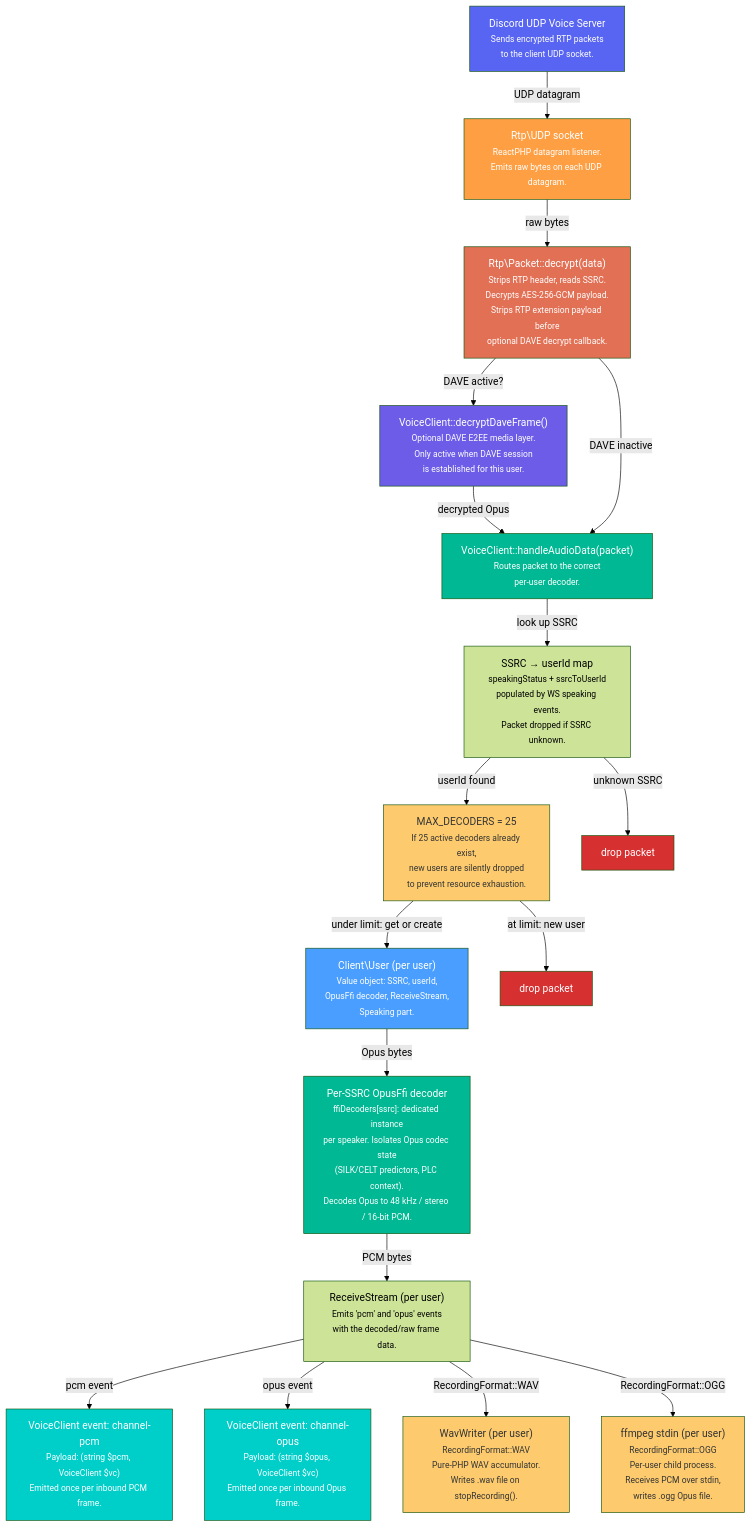
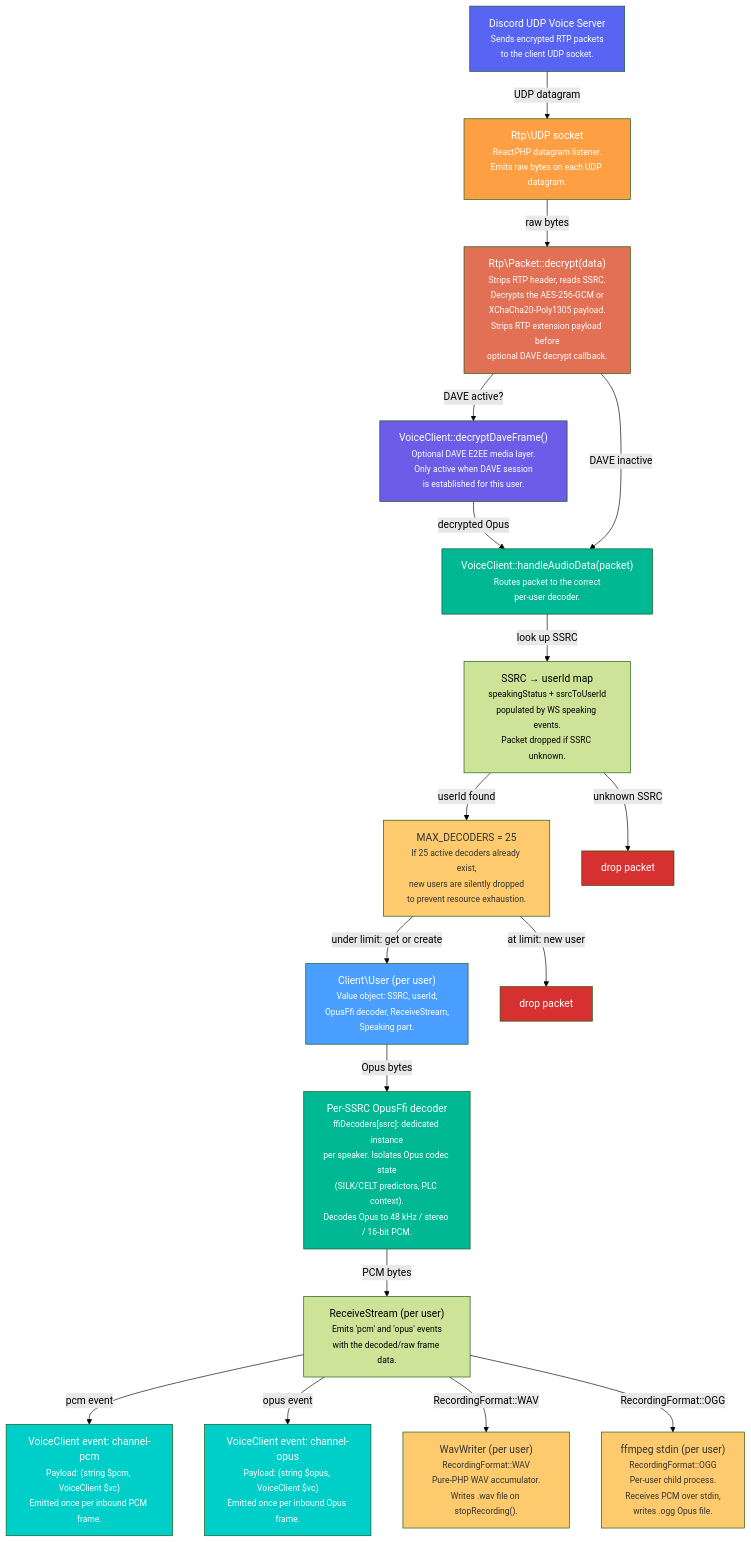
Before and after one commit to discord-php/DiscordPHP-Voice: the second of 4 diagrams in docs/AUDIO_PIPELINE.md, drawn with Mermaid (forest theme). The commit also changed other lines of this file and 10 other files, not shown here.

````diff
--- a/docs/AUDIO_PIPELINE.md
+++ b/docs/AUDIO_PIPELINE.md
@@ -85,49 +85,49 @@
 ```mermaid
 flowchart TD
     RUDP["Discord UDP Voice Server<br/><small>Sends encrypted RTP packets<br/>to the client UDP socket.</small>"]
     RECV["Rtp\UDP socket<br/><small>ReactPHP datagram listener.<br/>Emits raw bytes on each UDP datagram.</small>"]
-    DEC["Rtp\Packet::decrypt(data)<br/><small>Strips RTP header, reads SSRC.<br/>Decrypts AES-256-GCM payload.<br/>Strips RTP extension payload before<br/>optional DAVE decrypt callback.</small>"]
+    DEC["Rtp\Packet::decrypt(data)<br/><small>Strips RTP header, reads SSRC.<br/>Decrypts the AES-256-GCM or<br/>XChaCha20-Poly1305 payload.<br/>Strips RTP extension payload before<br/>optional DAVE decrypt callback.</small>"]
     DAVD["VoiceClient::decryptDaveFrame()<br/><small>Optional DAVE E2EE media layer.<br/>Only active when DAVE session<br/>is established for this user.</small>"]
     HAD["VoiceClient::handleAudioData(packet)<br/><small>Routes packet to the correct<br/>per-user decoder.</small>"]
     SSRC["SSRC → userId map<br/><small>speakingStatus + ssrcToUserId<br/>populated by WS speaking events.<br/>Packet dropped if SSRC unknown.</small>"]
     LIMIT["MAX_DECODERS = 25<br/><small>If 25 active decoders already exist,<br/>new users are silently dropped<br/>to prevent resource exhaustion.</small>"]
     USER["Client\User (per user)<br/><small>Value object: SSRC, userId,<br/>OpusFfi decoder, ReceiveStream,<br/>Speaking part.</small>"]
     OPDEC["Per-SSRC OpusFfi decoder<br/><small>ffiDecoders[ssrc]: dedicated instance<br/>per speaker. Isolates Opus codec state<br/>(SILK/CELT predictors, PLC context).<br/>Decodes Opus to 48 kHz / stereo / 16-bit PCM.</small>"]
     RS["ReceiveStream (per user)<br/><small>Emits 'pcm' and 'opus' events<br/>with the decoded/raw frame data.</small>"]
     EVCPCM["VoiceClient event: channel-pcm<br/><small>Payload: (string $pcm, VoiceClient $vc)<br/>Emitted once per inbound PCM frame.</small>"]
     EVCOPUS["VoiceClient event: channel-opus<br/><small>Payload: (string $opus, VoiceClient $vc)<br/>Emitted once per inbound Opus frame.</small>"]
     WAVWRITER["WavWriter (per user)<br/><small>RecordingFormat::WAV<br/>Pure-PHP WAV accumulator.<br/>Writes .wav file on stopRecording().</small>"]
     FFMPEGOGG["ffmpeg stdin (per user)<br/><small>RecordingFormat::OGG<br/>Per-user child process.<br/>Receives PCM over stdin,<br/>writes .ogg Opus file.</small>"]
 
     RUDP -->|"UDP datagram"| RECV
     RECV -->|"raw bytes"| DEC
     DEC -->|"DAVE active?"| DAVD
     DAVD -->|"decrypted Opus"| HAD
     DEC -->|"DAVE inactive"| HAD
     HAD -->|"look up SSRC"| SSRC
     SSRC -->|"userId found"| LIMIT
     SSRC -->|"unknown SSRC"| DROP1["drop packet"]
     LIMIT -->|"under limit: get or create"| USER
     LIMIT -->|"at limit: new user"| DROP2["drop packet"]
     USER -->|"Opus bytes"| OPDEC
     OPDEC -->|"PCM bytes"| RS
     RS -->|"pcm event"| EVCPCM
     RS -->|"opus event"| EVCOPUS
     RS -->|"RecordingFormat::WAV"| WAVWRITER
     RS -->|"RecordingFormat::OGG"| FFMPEGOGG
 
     style RUDP fill:#5865f2,color:#fff
     style RECV fill:#ff9f43,color:#fff
     style DEC fill:#e17055,color:#fff
     style DAVD fill:#6c5ce7,color:#fff
     style HAD fill:#00b894,color:#fff
     style USER fill:#4a9eff,color:#fff
     style OPDEC fill:#00b894,color:#fff
     style EVCPCM fill:#00cec9,color:#fff
     style EVCOPUS fill:#00cec9,color:#fff
     style WAVWRITER fill:#fdcb6e,color:#333
     style FFMPEGOGG fill:#fdcb6e,color:#333
     style LIMIT fill:#fdcb6e,color:#333
     style DROP1 fill:#d63031,color:#fff
     style DROP2 fill:#d63031,color:#fff
 ```
````
